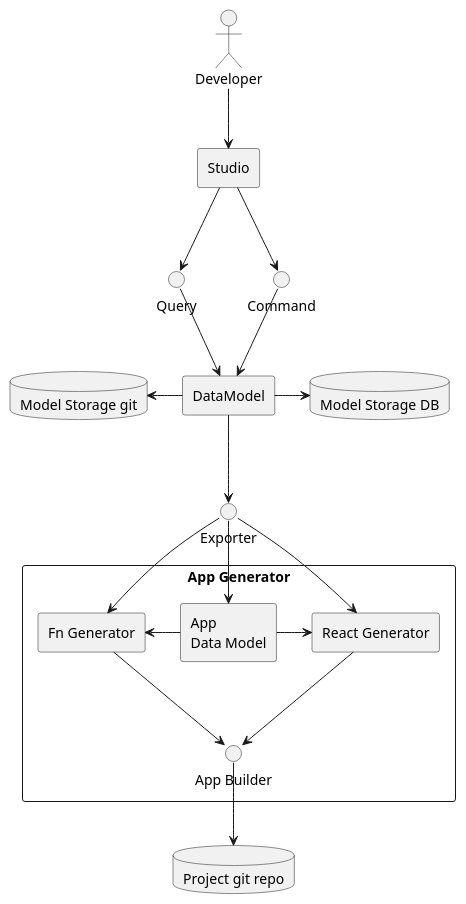
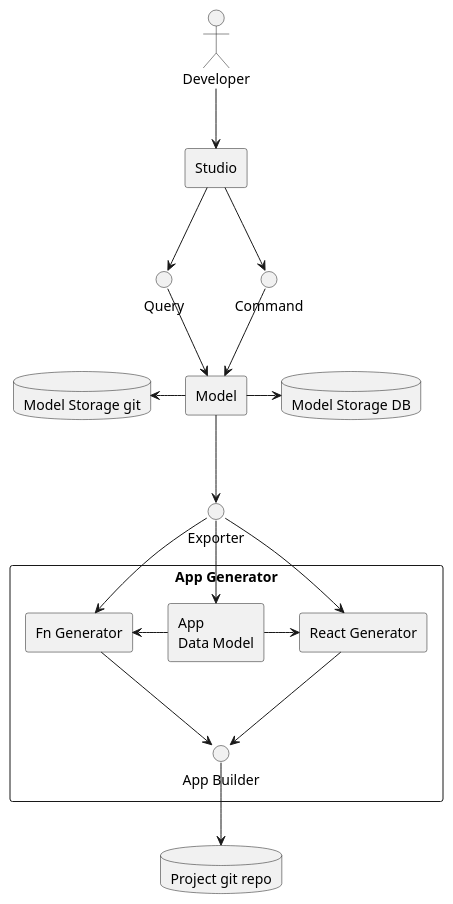
One commit to gears-project/gearsx changed the diagram in docs/components-001.puml. Above: the diagram before and after it, drawn with PlantUML. The commit also changed 3 other files, not shown here.

```diff
--- a/docs/components-001.puml
+++ b/docs/components-001.puml
@@ -1,51 +1,51 @@
 @startuml Overview
 
 skinparam rectangleStyle uml2
 
 actor Developer
 rectangle Studio
 
 interface Query
 interface Command
 
-rectangle DataModel
+rectangle "Model" as DataModel
 database "Model Storage DB" as ModelStorage
 database "Model Storage git" as ModelStorageGit
 
 interface Exporter
 
 rectangle "App Generator" {
   rectangle "React Generator" as ReactGenerator
   rectangle "App\nData Model" as DataModelGenerator
   rectangle "Fn Generator" as FnGenerator
   interface "App Builder" as AppBuilder
 }
 
 
 database "Project git repo" as GitRepo
 
 Developer -down-> Studio
 Studio -down-> Query
 Studio -down-> Command
 
 Query -down-> DataModel
 Command -down-> DataModel
 
 DataModel -right-> ModelStorage
 DataModel -left-> ModelStorageGit
 
 DataModel -down-> Exporter
 
 Exporter -down-> ReactGenerator
 Exporter -down-> FnGenerator
 Exporter -down-> DataModelGenerator
 
 ReactGenerator -down-> AppBuilder
 FnGenerator -down-> AppBuilder
 
 DataModelGenerator -right-> ReactGenerator
 DataModelGenerator -left-> FnGenerator
 
 AppBuilder -down-> GitRepo
 
 @enduml
```
